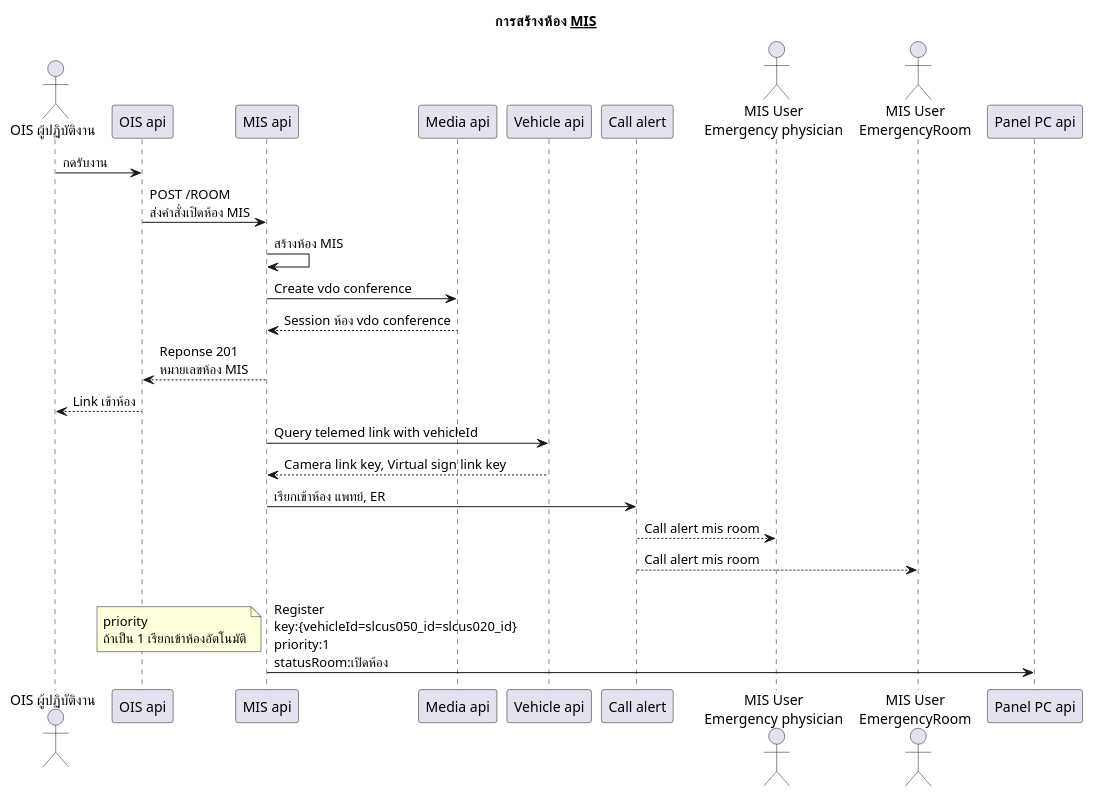
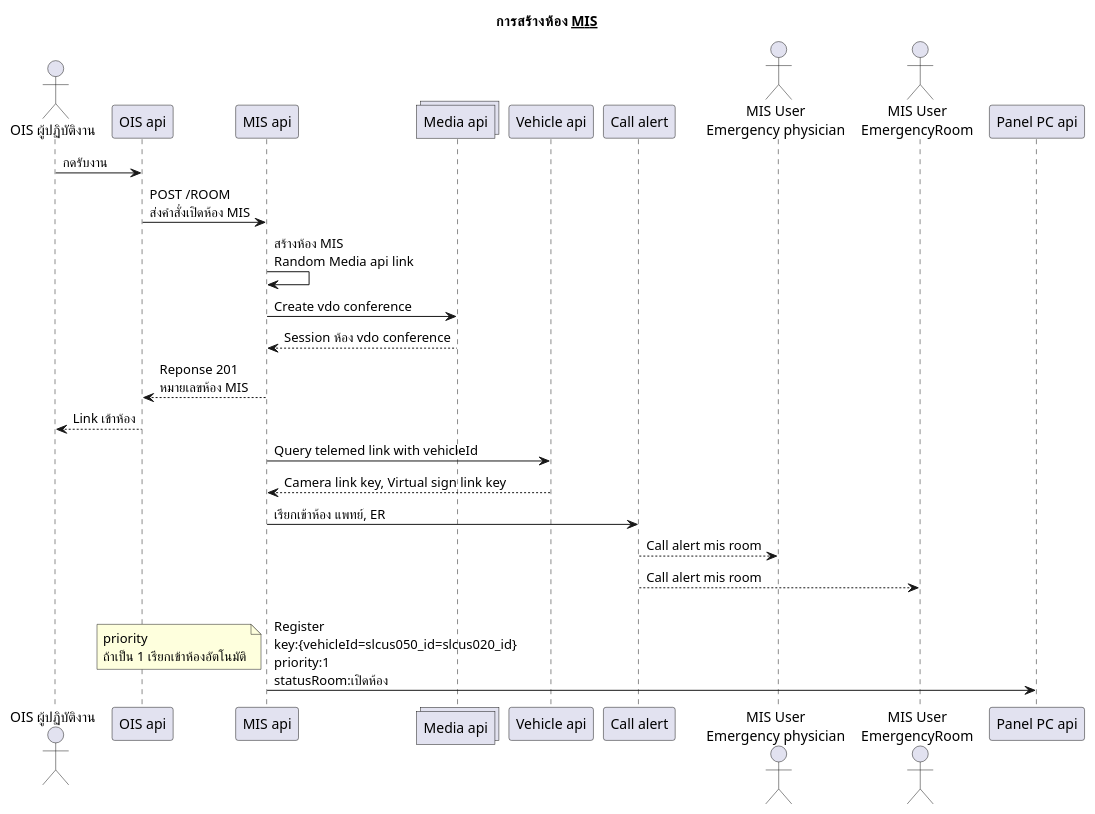
Before and after one commit to lionants02/mis-api-doc: the diagram in uml/new_create_mis.plantuml, drawn with PlantUML.

```diff
--- a/uml/new_create_mis.plantuml
+++ b/uml/new_create_mis.plantuml
@@ -1,27 +1,28 @@
 @startuml
 Title การสร้างห้อง __MIS__
   actor "OIS ผู้ปฏิบัติงาน" as OIS
   OIS -> "OIS api": กดรับงาน
   "OIS api"-> "MIS api": POST /ROOM\nส่งคำสั่งเปิดห้อง MIS
-  "MIS api" -> "MIS api": สร้างห้อง MIS
+  "MIS api" -> "MIS api": สร้างห้อง MIS\nRandom Media api link
 
-  "MIS api" -> "Media api": Create vdo conference
-  "MIS api" <-- "Media api": Session ห้อง vdo conference
+  collections "Media api" as MediaApi
+  "MIS api" -> MediaApi: Create vdo conference
+  "MIS api" <-- MediaApi: Session ห้อง vdo conference
 
   "OIS api"<-- "MIS api": Reponse 201\nหมายเลขห้อง MIS
   OIS <-- "OIS api": Link เข้าห้อง
 
   "MIS api" -> "Vehicle api": Query telemed link with vehicleId
   "MIS api" <-- "Vehicle api": Camera link key, Virtual sign link key
 
   "MIS api" -> "Call alert": เรียกเข้าห้อง แพทย์, ER
 
   actor "MIS User\nEmergency physician" as MD
   actor "MIS User\nEmergencyRoom" as ER
 
   "Call alert" --> MD: Call alert mis room
   "Call alert" --> ER: Call alert mis room
 
   "MIS api" -> "Panel PC api": \nRegister\nkey:{vehicleId=slcus050_id=slcus020_id}\npriority:1\nstatusRoom:เปิดห้อง
   note left: priority\nถ้าเป็น 1 เรียกเข้าห้องอัตโนมัติ
 @enduml
```
